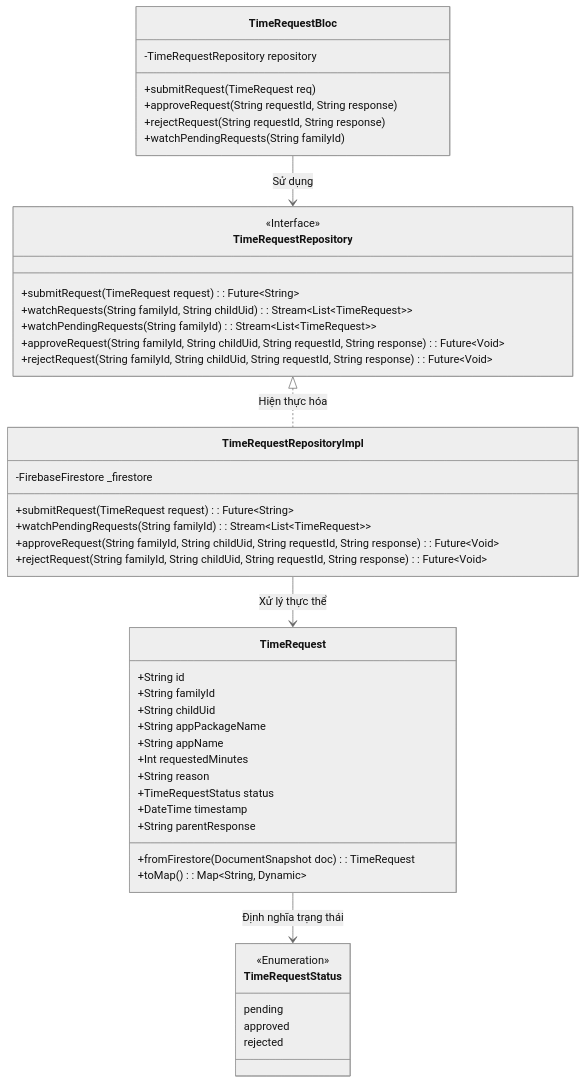
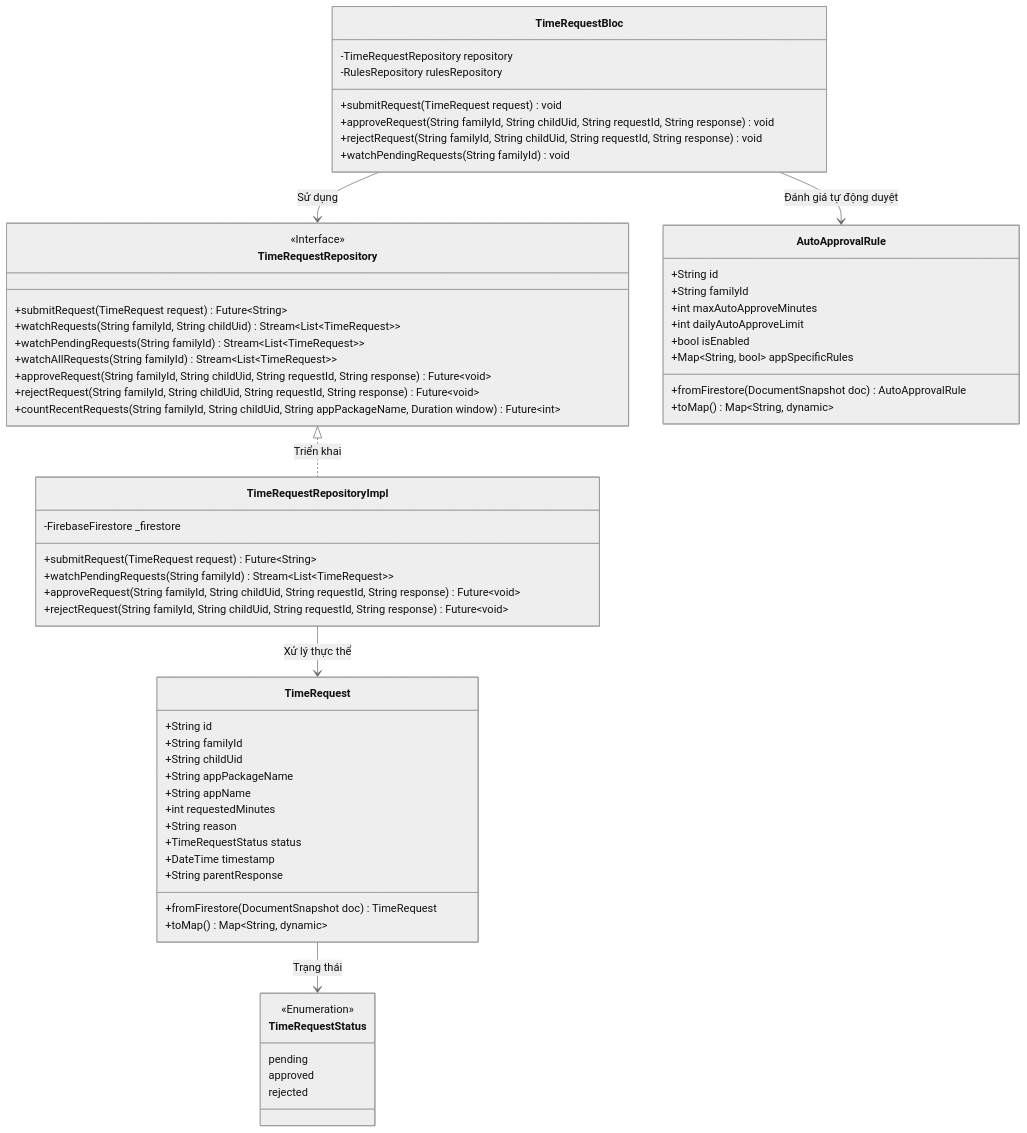
Before and after one commit to minhduc01168/KidGuardian-THPT: diagram 18 of 20 in docs/Kura_Technical_Analysis.md, drawn with Mermaid (neutral theme). The commit also changed other lines of this file, not shown here.

Commit message:
docs: standardize terminology to Kura, Phụ huynh and Con, align diagrams with codebase

````diff
--- a/docs/Kura_Technical_Analysis.md
+++ b/docs/Kura_Technical_Analysis.md
@@ -1059,54 +1099,69 @@
 ```mermaid
 classDiagram
     class TimeRequestBloc {
         -TimeRequestRepository repository
-        +submitRequest(TimeRequest req)
-        +approveRequest(String requestId, String response)
-        +rejectRequest(String requestId, String response)
-        +watchPendingRequests(String familyId)
+        -RulesRepository rulesRepository
+        +submitRequest(TimeRequest request) void
+        +approveRequest(String familyId, String childUid, String requestId, String response) void
+        +rejectRequest(String familyId, String childUid, String requestId, String response) void
+        +watchPendingRequests(String familyId) void
     }
 
     class TimeRequestRepository {
         <<Interface>>
-        +submitRequest(TimeRequest request): Future~String~
-        +watchRequests(String familyId, String childUid): Stream~List~TimeRequest~~
-        +watchPendingRequests(String familyId): Stream~List~TimeRequest~~
-        +approveRequest(String familyId, String childUid, String requestId, String response): Future~Void~
-        +rejectRequest(String familyId, String childUid, String requestId, String response): Future~Void~
+        +submitRequest(TimeRequest request) Future~String~
+        +watchRequests(String familyId, String childUid) Stream~List~TimeRequest~~
+        +watchPendingRequests(String familyId) Stream~List~TimeRequest~~
+        +watchAllRequests(String familyId) Stream~List~TimeRequest~~
+        +approveRequest(String familyId, String childUid, String requestId, String response) Future~void~
+        +rejectRequest(String familyId, String childUid, String requestId, String response) Future~void~
+        +countRecentRequests(String familyId, String childUid, String appPackageName, Duration window) Future~int~
     }
 
     class TimeRequestRepositoryImpl {
         -FirebaseFirestore _firestore
-        +submitRequest(TimeRequest request): Future~String~
-        +watchPendingRequests(String familyId): Stream~List~TimeRequest~~
-        +approveRequest(String familyId, String childUid, String requestId, String response): Future~Void~
-        +rejectRequest(String familyId, String childUid, String requestId, String response): Future~Void~
+        +submitRequest(TimeRequest request) Future~String~
+        +watchPendingRequests(String familyId) Stream~List~TimeRequest~~
+        +approveRequest(String familyId, String childUid, String requestId, String response) Future~void~
+        +rejectRequest(String familyId, String childUid, String requestId, String response) Future~void~
     }
 
     class TimeRequest {
         +String id
         +String familyId
         +String childUid
         +String appPackageName
         +String appName
-        +Int requestedMinutes
+        +int requestedMinutes
         +String reason
         +TimeRequestStatus status
         +DateTime timestamp
         +String parentResponse
-        +fromFirestore(DocumentSnapshot doc): TimeRequest
-        +toMap(): Map~String, Dynamic~
+        +fromFirestore(DocumentSnapshot doc) TimeRequest
+        +toMap() Map~String, dynamic~
     }
 
     class TimeRequestStatus {
         <<Enumeration>>
         pending
         approved
         rejected
     }
 
+    class AutoApprovalRule {
+        +String id
+        +String familyId
+        +int maxAutoApproveMinutes
+        +int dailyAutoApproveLimit
+        +bool isEnabled
+        +Map~String, bool~ appSpecificRules
+        +fromFirestore(DocumentSnapshot doc) AutoApprovalRule
+        +toMap() Map~String, dynamic~
+    }
+
     TimeRequestBloc --> TimeRequestRepository : Sử dụng
-    TimeRequestRepository <|.. TimeRequestRepositoryImpl : Hiện thực hóa
+    TimeRequestRepository <|.. TimeRequestRepositoryImpl : Triển khai
     TimeRequestRepositoryImpl --> TimeRequest : Xử lý thực thể
-    TimeRequest --> TimeRequestStatus : Định nghĩa trạng thái
+    TimeRequest --> TimeRequestStatus : Trạng thái
+    TimeRequestBloc --> AutoApprovalRule : Đánh giá tự động duyệt
 ```
````
